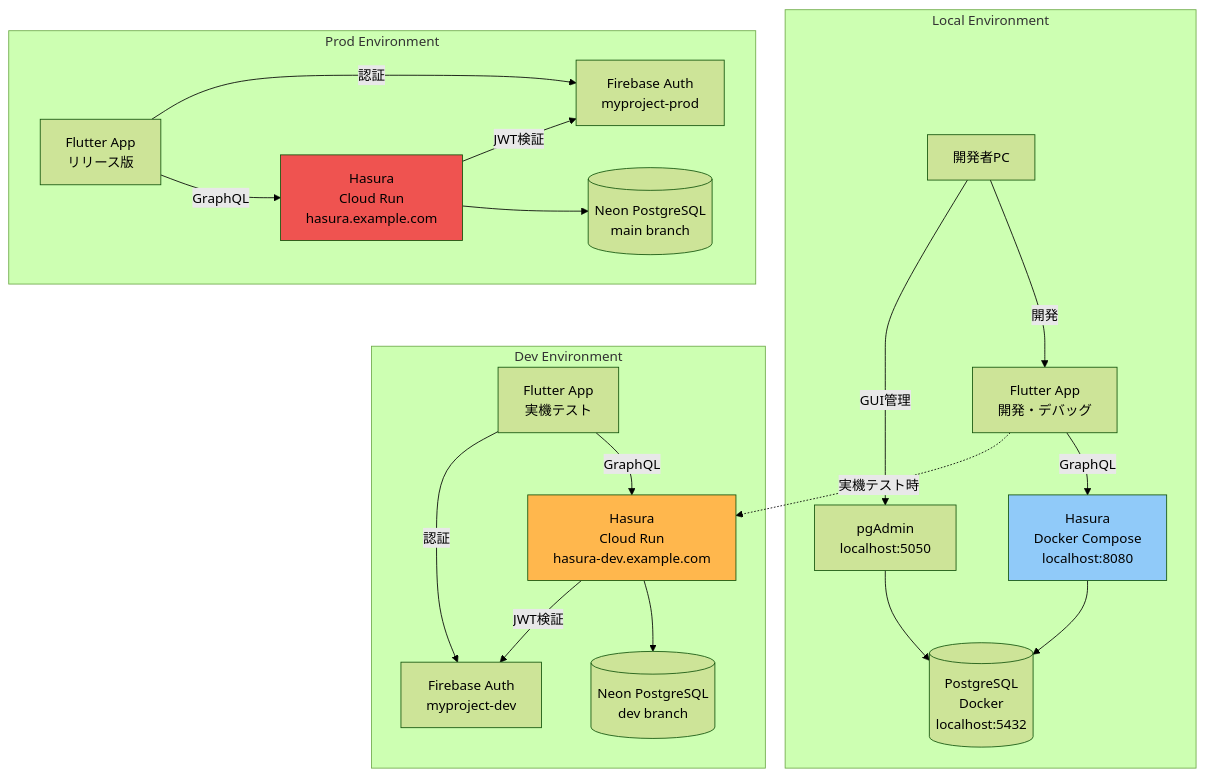
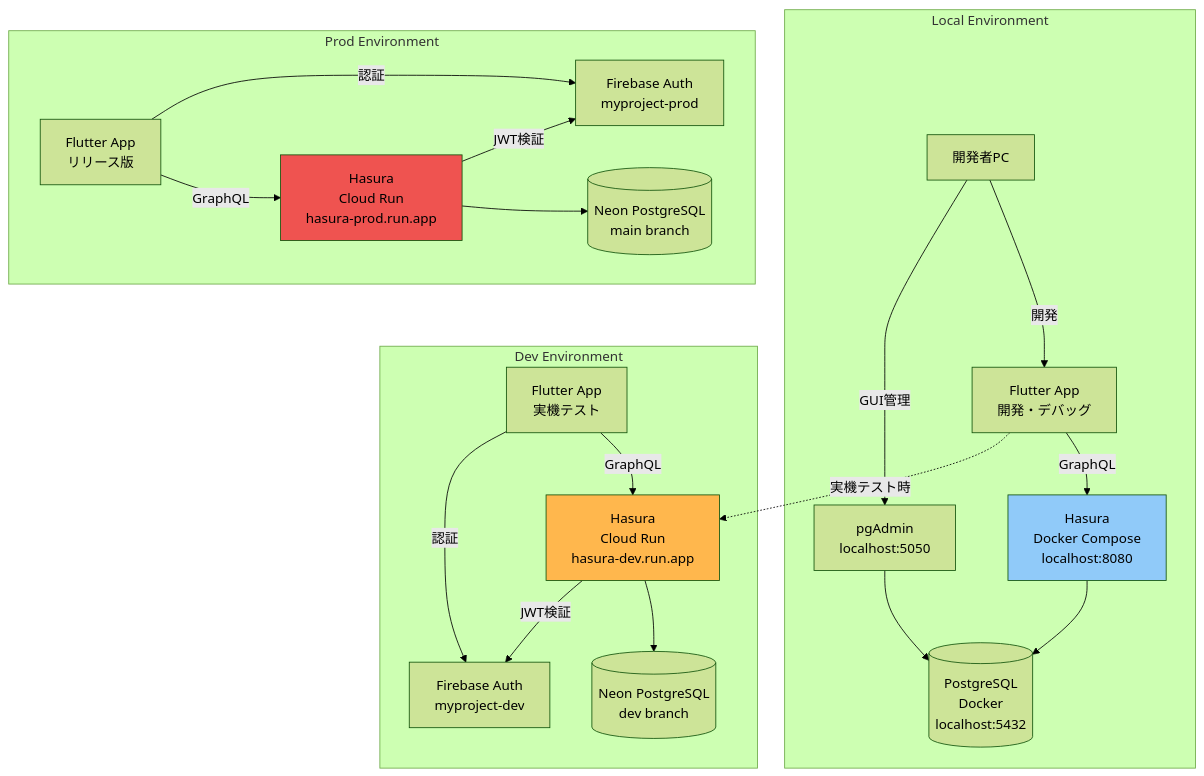
Before and after one commit to pipo3944/hasura_neon_firebase_flutter: the first of 3 diagrams in docs/overview/environments.md, drawn with Mermaid (forest theme). The commit also changed other lines of this file and 1 other file, not shown here.

````diff
--- a/docs/overview/environments.md
+++ b/docs/overview/environments.md
@@ -15,46 +24,46 @@
 ```mermaid
 graph TB
     subgraph "Local Environment"
         LD[開発者PC]
         LF[Flutter App<br/>開発・デバッグ]
         LH[Hasura<br/>Docker Compose<br/>localhost:8080]
         LP[(PostgreSQL<br/>Docker<br/>localhost:5432)]
         LPG[pgAdmin<br/>localhost:5050]
     end
 
     subgraph "Dev Environment"
         DF[Flutter App<br/>実機テスト]
-        DH[Hasura<br/>Cloud Run<br/>hasura-dev.example.com]
+        DH[Hasura<br/>Cloud Run<br/>hasura-dev.run.app]
         DN[(Neon PostgreSQL<br/>dev branch)]
         DFA[Firebase Auth<br/>myproject-dev]
     end
 
     subgraph "Prod Environment"
         PF[Flutter App<br/>リリース版]
-        PH[Hasura<br/>Cloud Run<br/>hasura.example.com]
+        PH[Hasura<br/>Cloud Run<br/>hasura-prod.run.app]
         PN[(Neon PostgreSQL<br/>main branch)]
         PFA[Firebase Auth<br/>myproject-prod]
     end
 
     LD -->|開発| LF
     LF -->|GraphQL| LH
     LH --> LP
     LD -->|GUI管理| LPG
     LPG --> LP
 
     LF -.->|実機テスト時| DH
 
     DF -->|GraphQL| DH
     DF -->|認証| DFA
     DH --> DN
     DH -->|JWT検証| DFA
 
     PF -->|GraphQL| PH
     PF -->|認証| PFA
     PH --> PN
     PH -->|JWT検証| PFA
 
     style LH fill:#90CAF9
     style DH fill:#FFB74D
     style PH fill:#EF5350
 ```
````
